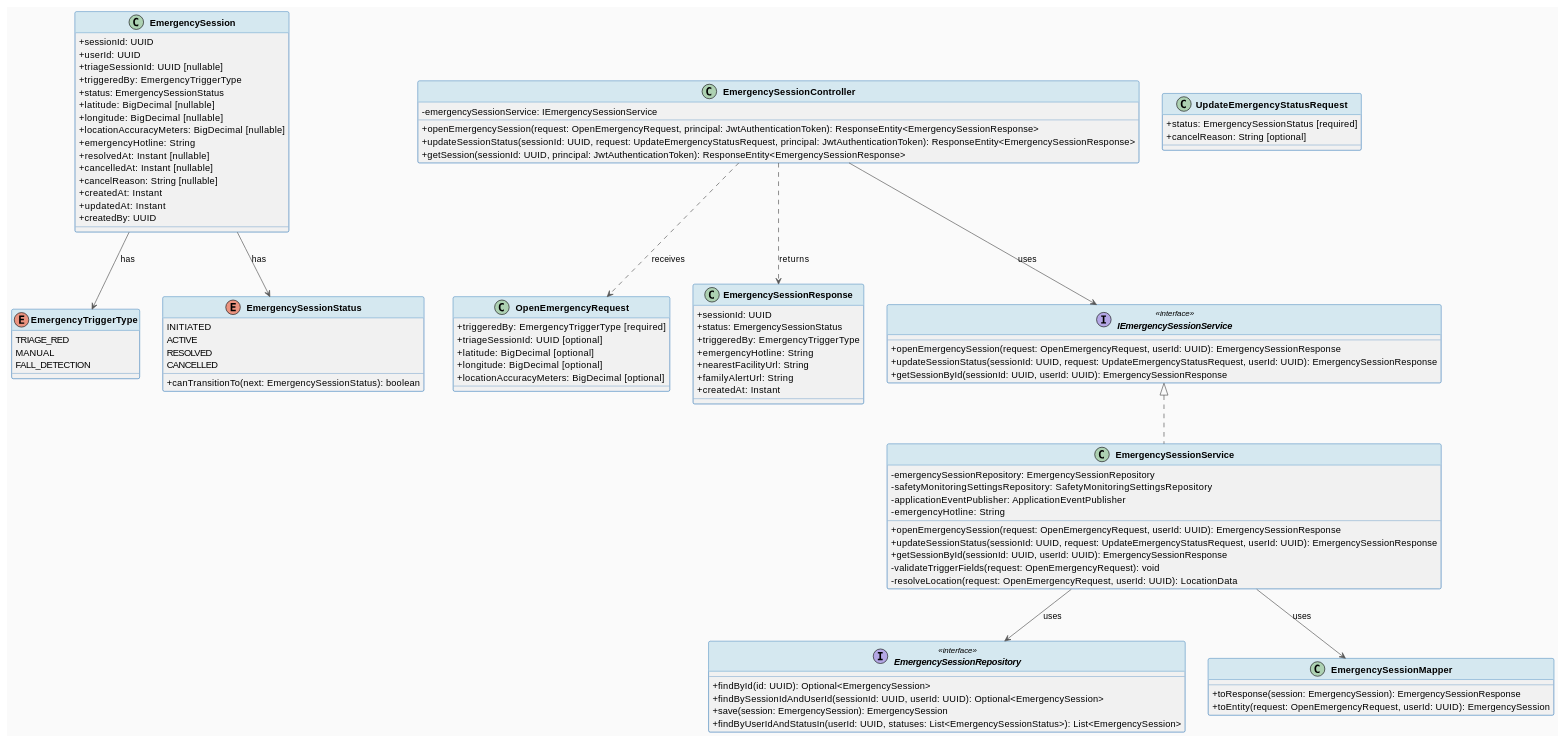
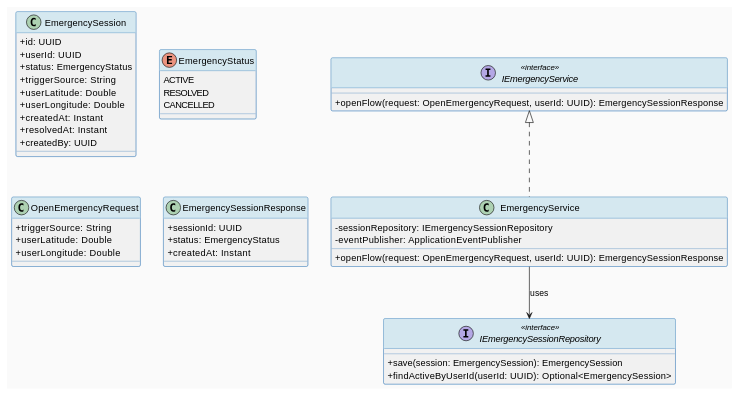
One commit to ChuongBDHE172784/CareBridge_SEP490_G79 changed the first of 4 diagrams in 04_Implement/UC62_OpenEmergencyFlow/UC62_OpenEmergencyFlow_TDS.md. Above: the diagram before and after it, drawn with PlantUML. The commit also changed other lines of this file and 75 other files, not shown here.

````diff
--- a/04_Implement/UC62_OpenEmergencyFlow/UC62_OpenEmergencyFlow_TDS.md
+++ b/04_Implement/UC62_OpenEmergencyFlow/UC62_OpenEmergencyFlow_TDS.md
@@ -271,119 +174,56 @@
 ```plantuml
-@startuml UC62_OpenEmergencyFlow_ClassDiagram
+@startuml UC62_ClassDiagram
 skinparam classAttributeIconSize 0
-skinparam classFontStyle bold
 skinparam backgroundColor #FAFAFA
-skinparam ArrowColor #555555
 skinparam ClassBorderColor #2E75B6
 skinparam ClassHeaderBackgroundColor #D5E8F0
 
-' === ENUMS ===
-enum EmergencyTriggerType {
-  TRIAGE_RED
-  MANUAL
-  FALL_DETECTION
+class EmergencySession {
+  + id: UUID
+  + userId: UUID
+  + status: EmergencyStatus
+  + triggerSource: String
+  + userLatitude: Double
+  + userLongitude: Double
+  + createdAt: Instant
+  + resolvedAt: Instant
+  + createdBy: UUID
 }
 
-enum EmergencySessionStatus {
-  INITIATED
+enum EmergencyStatus {
   ACTIVE
   RESOLVED
   CANCELLED
-  + canTransitionTo(next: EmergencySessionStatus): boolean
 }
 
-' === ENTITIES ===
-class EmergencySession {
-  + sessionId: UUID
-  + userId: UUID
-  + triageSessionId: UUID [nullable]
-  + triggeredBy: EmergencyTriggerType
-  + status: EmergencySessionStatus
-  + latitude: BigDecimal [nullable]
-  + longitude: BigDecimal [nullable]
-  + locationAccuracyMeters: BigDecimal [nullable]
-  + emergencyHotline: String
-  + resolvedAt: Instant [nullable]
-  + cancelledAt: Instant [nullable]
-  + cancelReason: String [nullable]
-  + createdAt: Instant
-  + updatedAt: Instant
-  + createdBy: UUID
+interface IEmergencyService <<interface>> {
+  + openFlow(request: OpenEmergencyRequest, userId: UUID): EmergencySessionResponse
 }
 
-' === DTOs ===
+class EmergencyService implements IEmergencyService {
+  - sessionRepository: IEmergencySessionRepository
+  - eventPublisher: ApplicationEventPublisher
+  + openFlow(request: OpenEmergencyRequest, userId: UUID): EmergencySessionResponse
+}
+
+interface IEmergencySessionRepository <<interface>> {
+  + save(session: EmergencySession): EmergencySession
+  + findActiveByUserId(userId: UUID): Optional<EmergencySession>
+}
+
 class OpenEmergencyRequest {
-  + triggeredBy: EmergencyTriggerType [required]
-  + triageSessionId: UUID [optional]
-  + latitude: BigDecimal [optional]
-  + longitude: BigDecimal [optional]
-  + locationAccuracyMeters: BigDecimal [optional]
+  + triggerSource: String
+  + userLatitude: Double
+  + userLongitude: Double
 }
 
 class EmergencySessionResponse {
   + sessionId: UUID
-  + status: EmergencySessionStatus
-  + triggeredBy: EmergencyTriggerType
-  + emergencyHotline: String
-  + nearestFacilityUrl: String
-  + familyAlertUrl: String
+  + status: EmergencyStatus
   + createdAt: Instant
 }
 
-class UpdateEmergencyStatusRequest {
-  + status: EmergencySessionStatus [required]
-  + cancelReason: String [optional]
-}
-
-' === SERVICES ===
-interface IEmergencySessionService <<interface>> {
-  + openEmergencySession(request: OpenEmergencyRequest, userId: UUID): EmergencySessionResponse
-  + updateSessionStatus(sessionId: UUID, request: UpdateEmergencyStatusRequest, userId: UUID): EmergencySessionResponse
-  + getSessionById(sessionId: UUID, userId: UUID): EmergencySessionResponse
-}
-
-class EmergencySessionService implements IEmergencySessionService {
-  - emergencySessionRepository: EmergencySessionRepository
-  - safetyMonitoringSettingsRepository: SafetyMonitoringSettingsRepository
-  - applicationEventPublisher: ApplicationEventPublisher
-  - emergencyHotline: String
-  + openEmergencySession(request: OpenEmergencyRequest, userId: UUID): EmergencySessionResponse
-  + updateSessionStatus(sessionId: UUID, request: UpdateEmergencyStatusRequest, userId: UUID): EmergencySessionResponse
-  + getSessionById(sessionId: UUID, userId: UUID): EmergencySessionResponse
-  - validateTriggerFields(request: OpenEmergencyRequest): void
-  - resolveLocation(request: OpenEmergencyRequest, userId: UUID): LocationData
-}
-
-' === REPOSITORIES ===
-interface EmergencySessionRepository <<interface>> {
-  + findById(id: UUID): Optional<EmergencySession>
-  + findBySessionIdAndUserId(sessionId: UUID, userId: UUID): Optional<EmergencySession>
-  + save(session: EmergencySession): EmergencySession
-  + findByUserIdAndStatusIn(userId: UUID, statuses: List<EmergencySessionStatus>): List<EmergencySession>
-}
-
-' === MAPPER ===
-class EmergencySessionMapper {
-  + toResponse(session: EmergencySession): EmergencySessionResponse
-  + toEntity(request: OpenEmergencyRequest, userId: UUID): EmergencySession
-}
-
-' === CONTROLLER ===
-class EmergencySessionController {
-  - emergencySessionService: IEmergencySessionService
-  + openEmergencySession(request: OpenEmergencyRequest, principal: JwtAuthenticationToken): ResponseEntity<EmergencySessionResponse>
-  + updateSessionStatus(sessionId: UUID, request: UpdateEmergencyStatusRequest, principal: JwtAuthenticationToken): ResponseEntity<EmergencySessionResponse>
-  + getSession(sessionId: UUID, principal: JwtAuthenticationToken): ResponseEntity<EmergencySessionResponse>
-}
-
-' === RELATIONSHIPS ===
-EmergencySessionController --> IEmergencySessionService : uses
-EmergencySessionService --> EmergencySessionRepository : uses
-EmergencySessionService --> EmergencySessionMapper : uses
-EmergencySession --> EmergencySessionStatus : has
-EmergencySession --> EmergencyTriggerType : has
-EmergencySessionController ..> OpenEmergencyRequest : receives
-EmergencySessionController ..> EmergencySessionResponse : returns
+EmergencyService --> IEmergencySessionRepository : uses
 
 @enduml
 ```
````
